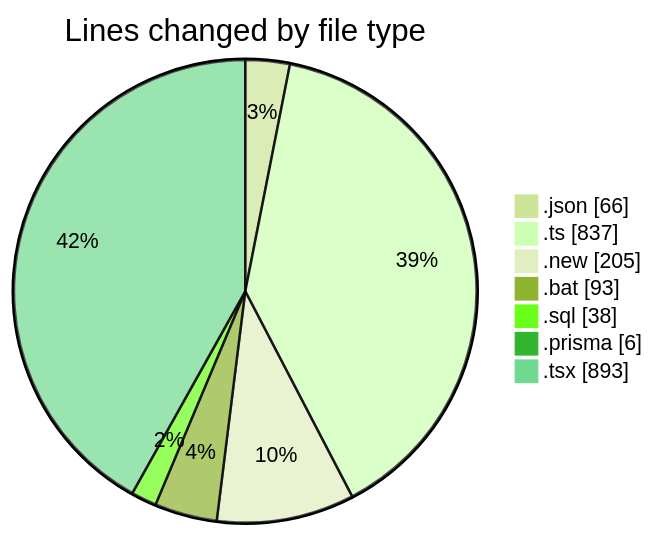
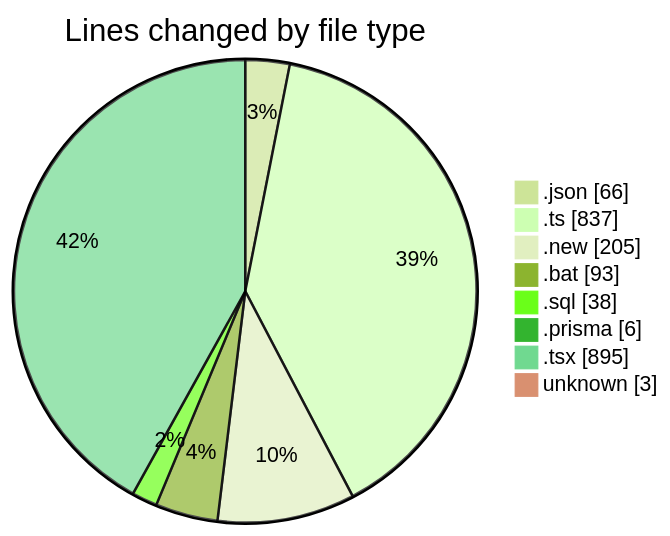
One commit to CELIANVF/code-tracking changed the first of 2 diagrams in 2025-05-20/ecodeli-1/README.md. Above: the diagram before and after it, drawn with Mermaid (forest theme). The commit also changed other lines of this file and 1 other file, not shown here.

````diff
--- a/2025-05-20/ecodeli-1/README.md
+++ b/2025-05-20/ecodeli-1/README.md
@@ -35,11 +36,12 @@
 ```mermaid
 pie showData
 title Lines changed by file type
 ".json" : 66
 ".ts" : 837
 ".new" : 205
 ".bat" : 93
 ".sql" : 38
 ".prisma" : 6
-".tsx" : 893
+".tsx" : 895
+"unknown" : 3
 ```
````
